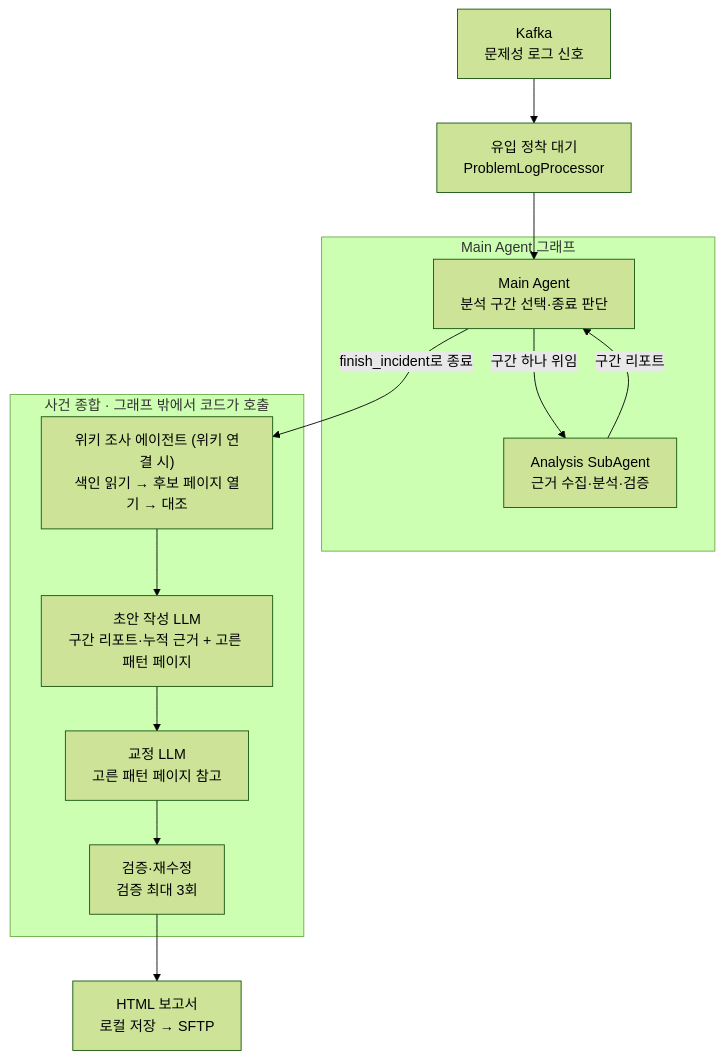
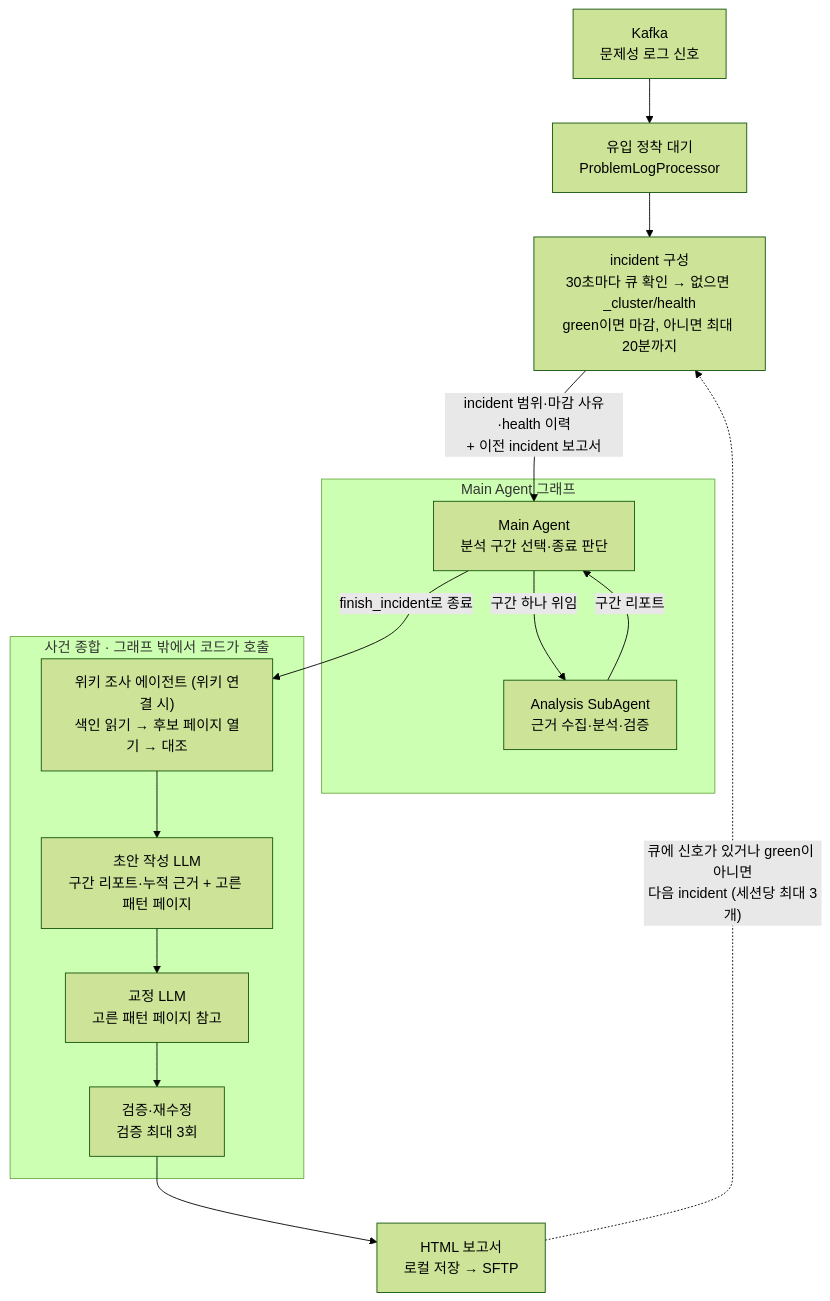
Before and after one commit to BaektotheFuture98/ClusterDoctor: the diagram in README.md, drawn with Mermaid (forest theme). The commit also changed other lines of this file and 6 other files, not shown here.

First line of the commit message:
docs: health 기반 incident 세션을 README와 패키지 문서에 적는다

````diff
--- a/README.md
+++ b/README.md
@@ -52,16 +52,18 @@
 ```mermaid
 flowchart TD
     K["Kafka<br/>문제성 로그 신호"] --> S["유입 정착 대기<br/>ProblemLogProcessor"]
-    S --> M
+    S --> C["incident 구성<br/>30초마다 큐 확인 → 없으면 _cluster/health<br/>green이면 마감, 아니면 최대 20분까지"]
+    C -->|"incident 범위·마감 사유·health 이력<br/>+ 이전 incident 보고서"| M
     subgraph G["Main Agent 그래프"]
         M["Main Agent<br/>분석 구간 선택·종료 판단"] -->|"구간 하나 위임"| A["Analysis SubAgent<br/>근거 수집·분석·검증"]
         A -->|"구간 리포트"| M
     end
     M -->|"finish_incident로 종료"| Y1
     subgraph Y["사건 종합 · 그래프 밖에서 코드가 호출"]
         Y1["위키 조사 에이전트 (위키 연결 시)<br/>색인 읽기 → 후보 페이지 열기 → 대조"] --> Y2["초안 작성 LLM<br/>구간 리포트·누적 근거 + 고른 패턴 페이지"]
         Y2 --> Y3["교정 LLM<br/>고른 패턴 페이지 참고"]
         Y3 --> Y4["검증·재수정<br/>검증 최대 3회"]
     end
     Y4 --> R["HTML 보고서<br/>로컬 저장 → SFTP"]
+    R -.->|"큐에 신호가 있거나 green이 아니면<br/>다음 incident (세션당 최대 3개)"| C
 ```
````
